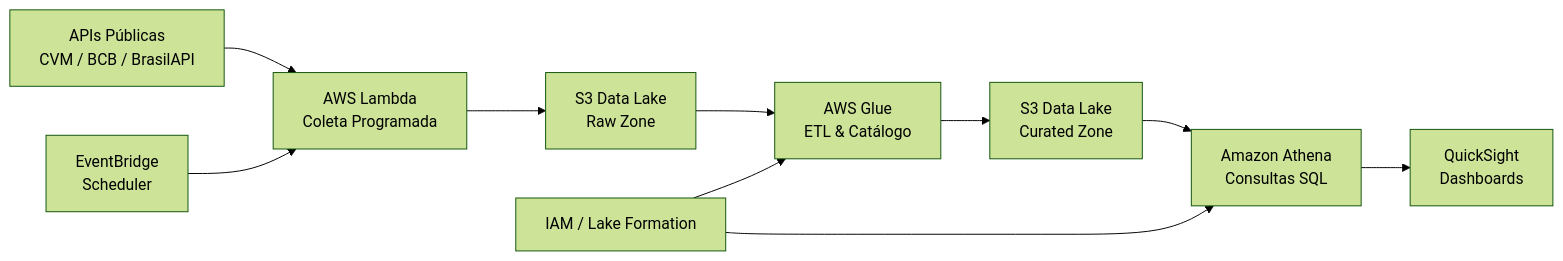
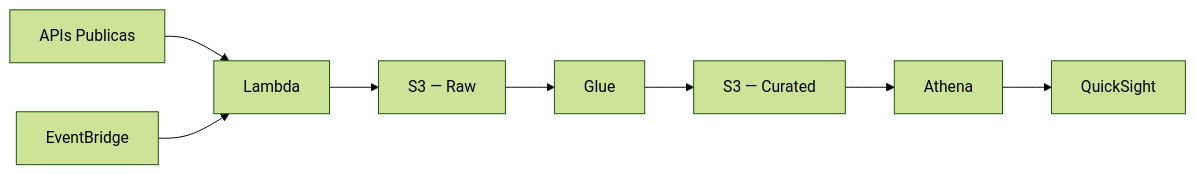
Before and after one commit to RodrigoPresida/portfolio-analytics-fundos: the diagram in README.md, drawn with Mermaid (forest theme). The commit also changed other lines of this file and 2 other files, not shown here.

````diff
--- a/README.md
+++ b/README.md
@@ -76,12 +54,10 @@
 ```mermaid
 graph LR
-    A[APIs Públicas<br/>CVM / BCB / BrasilAPI] --> B[AWS Lambda<br/>Coleta Programada]
-    B --> C[S3 Data Lake<br/>Raw Zone]
-    C --> D[AWS Glue<br/>ETL & Catálogo]
-    D --> E[S3 Data Lake<br/>Curated Zone]
-    E --> F[Amazon Athena<br/>Consultas SQL]
-    F --> G[QuickSight<br/>Dashboards]
-    H[EventBridge<br/>Scheduler] --> B
-    I[IAM / Lake Formation] --> D
-    I --> F
+    A[APIs Publicas] --> B[Lambda]
+    B --> C[S3 — Raw]
+    C --> D[Glue]
+    D --> E[S3 — Curated]
+    E --> F[Athena]
+    F --> G[QuickSight]
+    H[EventBridge] --> B
 ```
````
